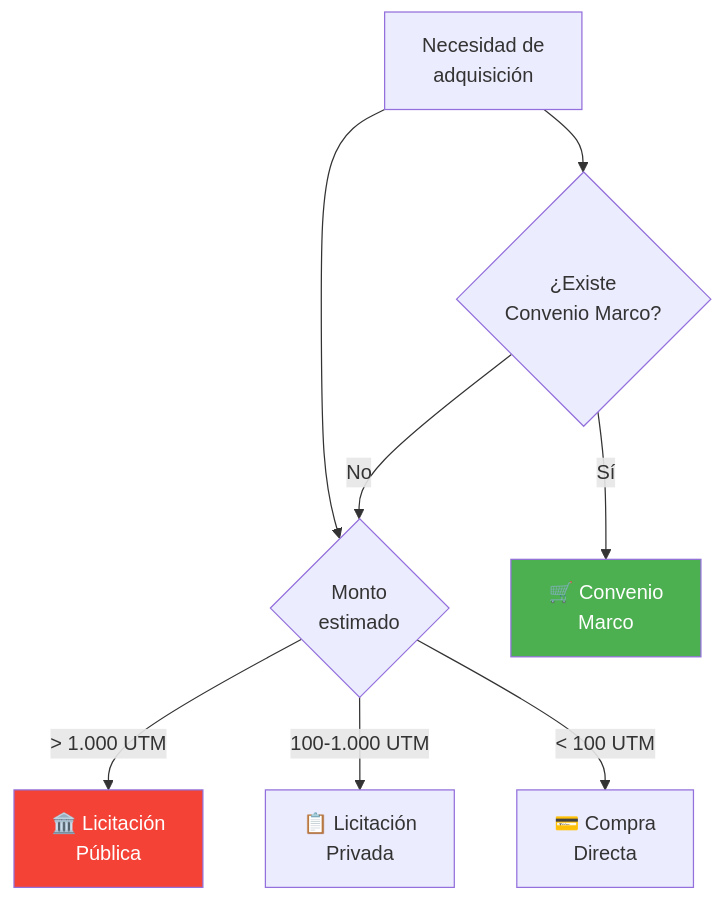
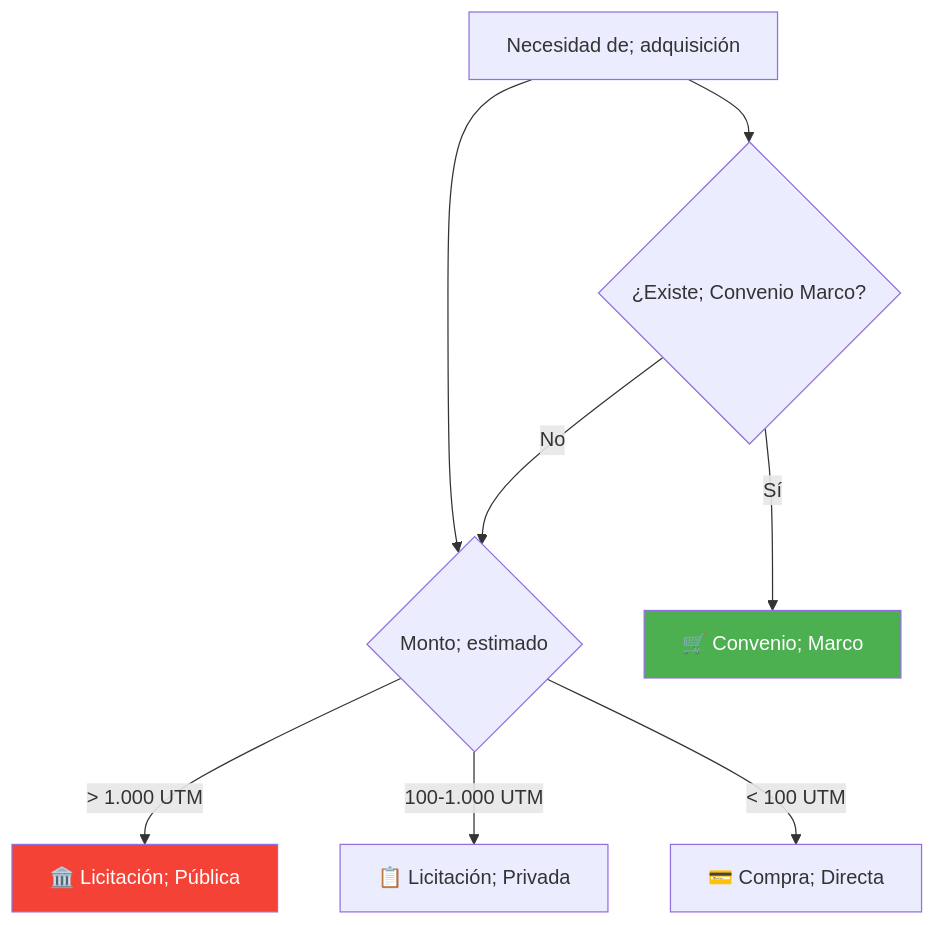
Before and after one commit to felix-antonio-sl/kora: the fourth of 6 diagrams in drafts/gn/bpmn/bpmn-d04-compras-contrataciones.md, drawn with Mermaid. The commit also changed other lines of this file and 265 other files, not shown here.

````diff
--- a/drafts/gn/bpmn/bpmn-d04-compras-contrataciones.md
+++ b/drafts/gn/bpmn/bpmn-d04-compras-contrataciones.md
@@ -148,12 +162,15 @@
 ```mermaid
 flowchart TD
-    A["Necesidad de<br/>adquisición"] --> B{"Monto<br/>estimado"}
-    B -->|"> 1.000 UTM"| C["🏛️ Licitación<br/>Pública"]
-    B -->|"100-1.000 UTM"| D["📋 Licitación<br/>Privada"]
-    B -->|"< 100 UTM"| E["💳 Compra<br/>Directa"]
-    A --> F{"¿Existe<br/>Convenio Marco?"}
-    F -->|"Sí"| G["🛒 Convenio<br/>Marco"]
-    F -->|"No"| B
-    style C fill:#f44336,color:#fff
-    style G fill:#4CAF50,color:#fff
+ A["Necesidad de; adquisición"] --> B{"Monto; estimado"}
+ 
+ B -->|"> 1.000 UTM"| C["🏛️ Licitación; Pública"]
+ B -->|"100-1.000 UTM"| D["📋 Licitación; Privada"]
+ B -->|"< 100 UTM"| E["💳 Compra; Directa"]
+ 
+ A --> F{"¿Existe; Convenio Marco?"}
+ F -->|"Sí"| G["🛒 Convenio; Marco"]
+ F -->|"No"| B
+
+ style C fill:#f44336,color:#fff
+ style G fill:#4CAF50,color:#fff
 ```
````
